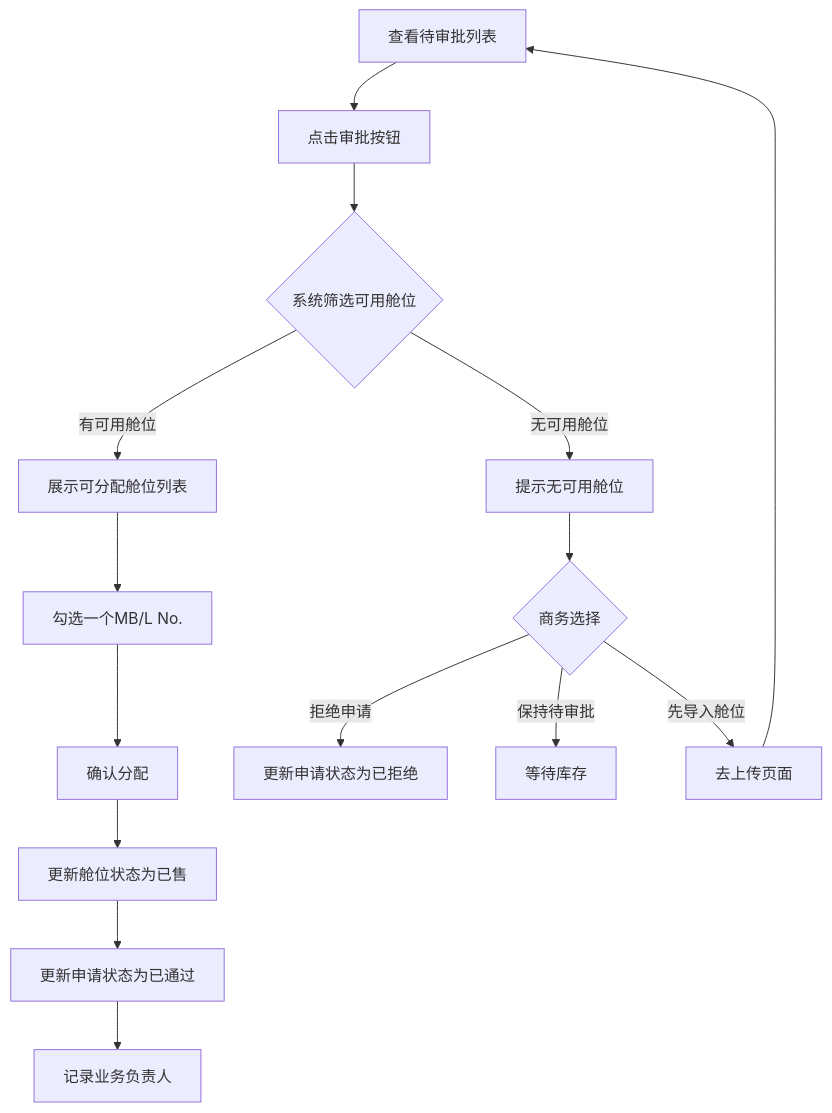
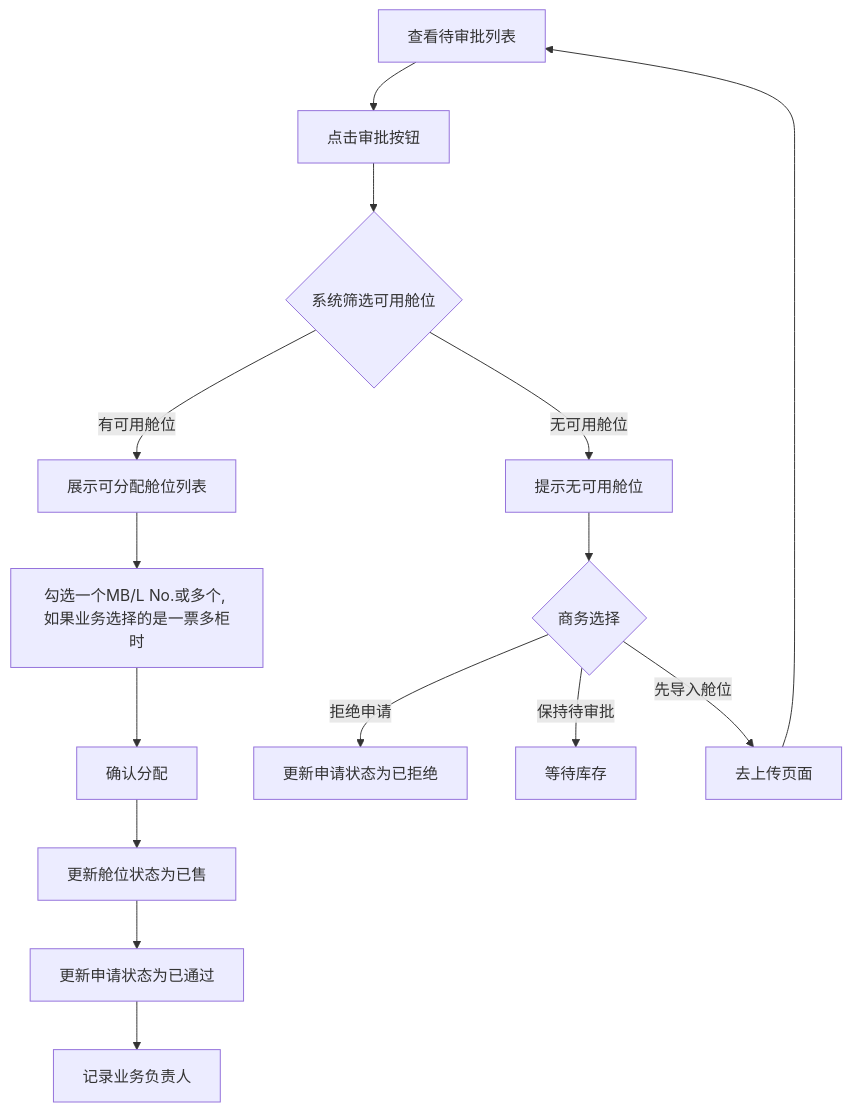
Before and after one commit to flyfie/slotlink_mds: the second of 2 diagrams in prd_slotlink.md, drawn with Mermaid. The commit also changed other lines of this file, not shown here.

````diff
--- a/prd_slotlink.md
+++ b/prd_slotlink.md
@@ -377,17 +388,17 @@
 ```mermaid
 flowchart TD
     A[查看待审批列表] --> B[点击审批按钮]
     B --> C{系统筛选可用舱位}
     C -->|有可用舱位| D[展示可分配舱位列表]
     C -->|无可用舱位| E[提示无可用舱位]
-    D --> F[勾选一个MB/L No.]
+    D --> F[勾选一个MB/L No.或多个, 如果业务选择的是一票多柜时]
     F --> G[确认分配]
     G --> H[更新舱位状态为已售]
     H --> I[更新申请状态为已通过]
     I --> J[记录业务负责人]
     E --> K{商务选择}
     K -->|拒绝申请| L[更新申请状态为已拒绝]
     K -->|保持待审批| M[等待库存]
     K -->|先导入舱位| N[去上传页面]
     N --> A
 ```
````
